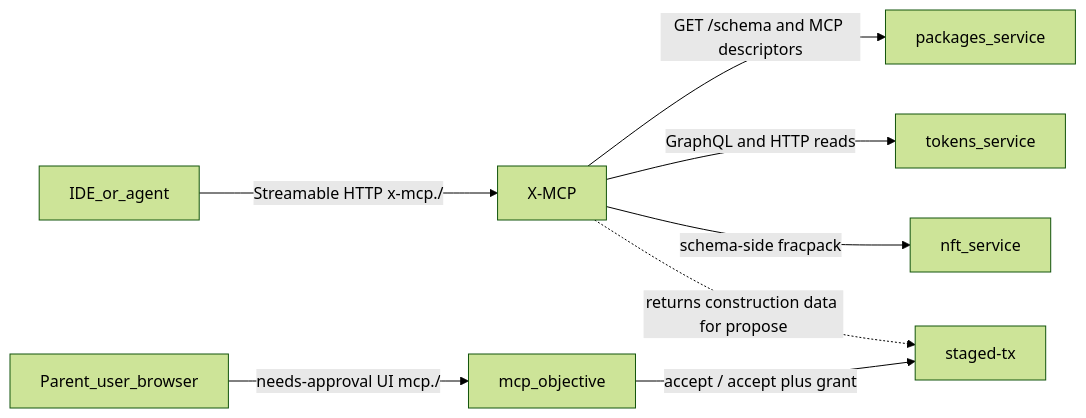
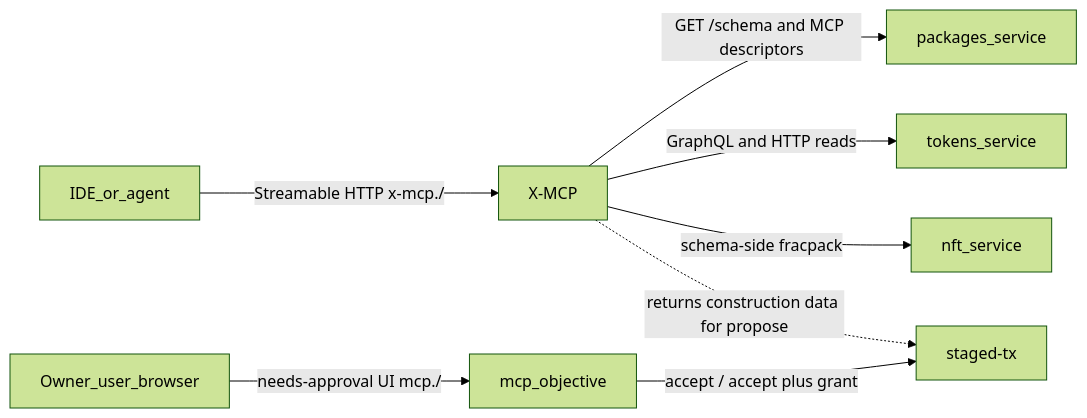
One commit to gofractally/psibase changed the first of 2 diagrams in mcp-server-on-chain-v2.md. Above: the diagram before and after it, drawn with Mermaid (forest theme). The commit also changed other lines of this file and 29 other files, not shown here.

````diff
--- a/mcp-server-on-chain-v2.md
+++ b/mcp-server-on-chain-v2.md
@@ -15,18 +15,18 @@
 ```mermaid
 flowchart LR
   ide[IDE_or_agent]
   mcp[X-MCP]
   packages[packages_service]
   svcA[tokens_service]
   svcB[nft_service]
   staged[staged-tx]
   ide -->|"Streamable HTTP x-mcp.<root>/"| mcp
   mcp -->|"GET /schema and MCP descriptors"| packages
   mcp -->|"GraphQL and HTTP reads"| svcA
   mcp -->|"schema-side fracpack"| svcB
   mcp -.->|"returns construction data for propose"| staged
-  user[Parent_user_browser]
+  user[Owner_user_browser]
   mcpobj[mcp_objective]
   user -->|"needs-approval UI mcp.<root>/"| mcpobj
   mcpobj -->|"accept / accept plus grant"| staged
 ```
````
